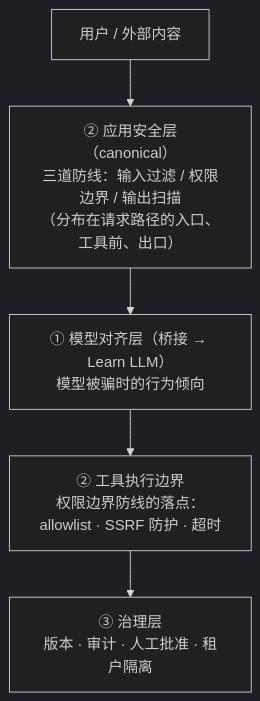
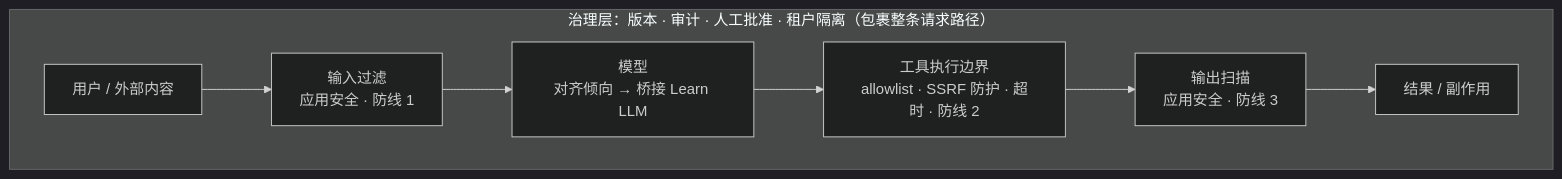
The diagram in docs/zh/tech/08-production/security.md (zenHeart/learn-ai), drawn with Mermaid (dark theme) before and after one commit. The commit also changed 239 other files, not shown here.

````diff
--- a/docs/zh/tech/08-production/security.md
+++ b/docs/zh/tech/08-production/security.md
@@ -32,7 +32,10 @@
 ```mermaid
 flowchart TB
-    U["用户 / 外部内容"] --> G1["② 应用安全层（canonical）<br/>三道防线：输入过滤 / 权限边界 / 输出扫描<br/>（分布在请求路径的入口、工具前、出口）"]
-    G1 --> M["① 模型对齐层（桥接 → Learn LLM）<br/>模型被骗时的行为倾向"]
-    M --> G2["② 工具执行边界<br/>权限边界防线的落点：allowlist · SSRF 防护 · 超时"]
-    G2 --> G3["③ 治理层<br/>版本 · 审计 · 人工批准 · 租户隔离"]
+    subgraph GOV["治理层：版本 · 审计 · 人工批准 · 租户隔离（包裹整条请求路径）"]
+        U["用户 / 外部内容"] --> C1["输入过滤<br/>应用安全 · 防线 1"]
+        C1 --> M["模型<br/>对齐倾向 → 桥接 Learn LLM"]
+        M --> C2["工具执行边界<br/>allowlist · SSRF 防护 · 超时 · 防线 2"]
+        C2 --> C3["输出扫描<br/>应用安全 · 防线 3"]
+        C3 --> OUT["结果 / 副作用"]
+    end
 ```
````
